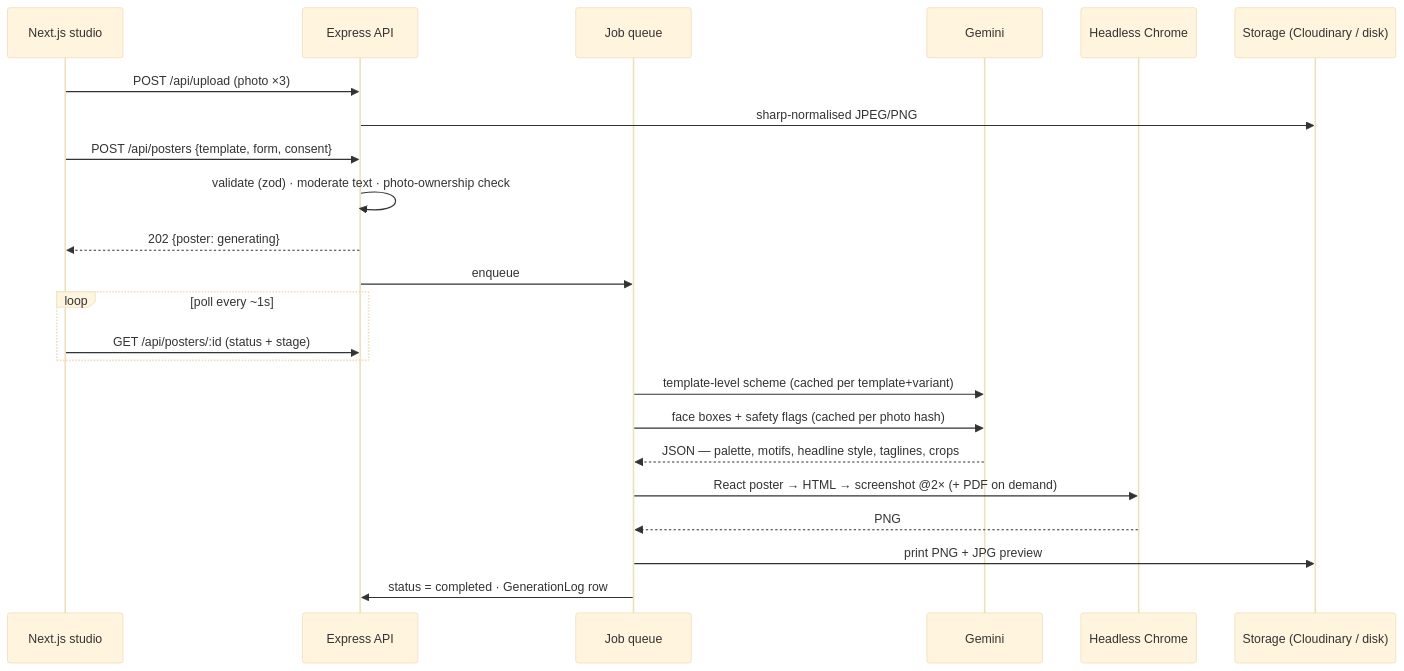
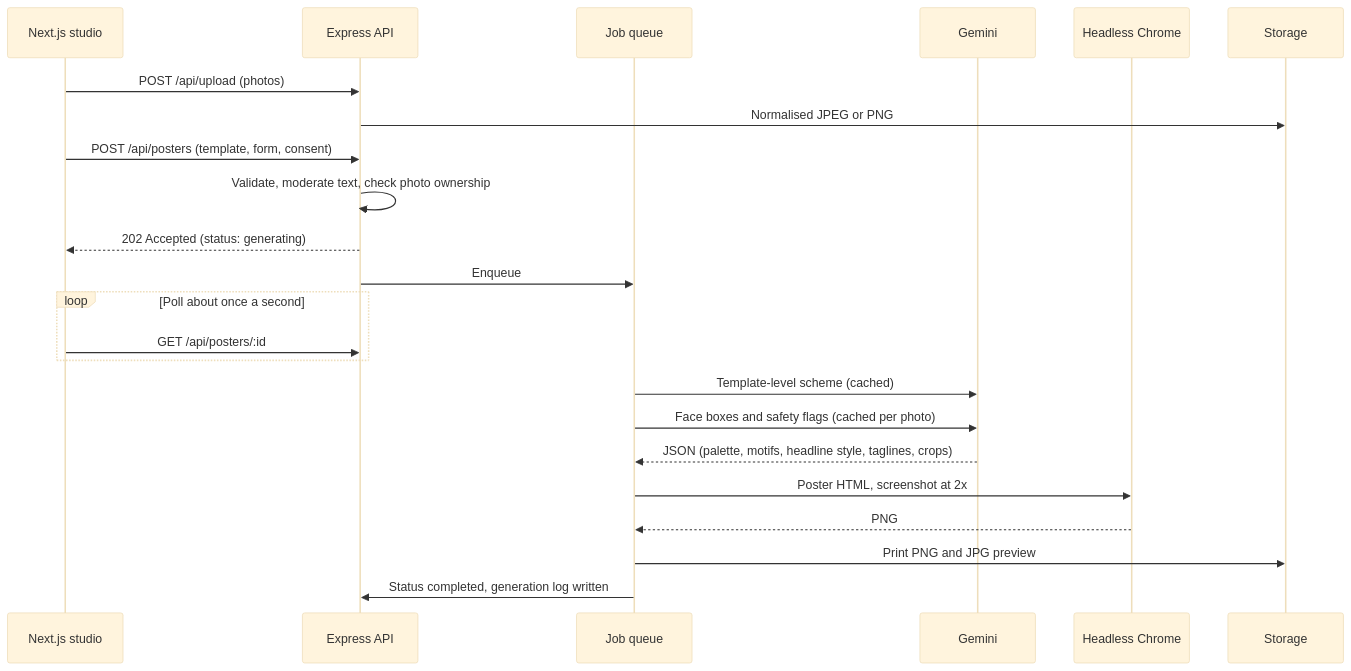
Before and after one commit to ash-rafhamid/posterghor: the diagram in README.md, drawn with Mermaid (base theme). The commit also changed other lines of this file, not shown here.

Commit message:
Rewrite README: clear structure, API reference, deployment guide

````diff
--- a/README.md
+++ b/README.md
@@ -103,25 +130,25 @@
 ```mermaid
 sequenceDiagram
   participant W as Next.js studio
   participant A as Express API
   participant Q as Job queue
   participant G as Gemini
   participant C as Headless Chrome
-  participant S as Storage (Cloudinary / disk)
-  W->>A: POST /api/upload (photo ×3)
-  A->>S: sharp-normalised JPEG/PNG
-  W->>A: POST /api/posters {template, form, consent}
-  A->>A: validate (zod) · moderate text · photo-ownership check
-  A-->>W: 202 {poster: generating}
-  A->>Q: enqueue
-  loop poll every ~1s
-    W->>A: GET /api/posters/:id (status + stage)
+  participant S as Storage
+  W->>A: POST /api/upload (photos)
+  A->>S: Normalised JPEG or PNG
+  W->>A: POST /api/posters (template, form, consent)
+  A->>A: Validate, moderate text, check photo ownership
+  A-->>W: 202 Accepted (status: generating)
+  A->>Q: Enqueue
+  loop Poll about once a second
+    W->>A: GET /api/posters/:id
   end
-  Q->>G: template-level scheme (cached per template+variant)
-  Q->>G: face boxes + safety flags (cached per photo hash)
-  G-->>Q: JSON — palette, motifs, headline style, taglines, crops
-  Q->>C: React poster → HTML → screenshot @2× (+ PDF on demand)
+  Q->>G: Template-level scheme (cached)
+  Q->>G: Face boxes and safety flags (cached per photo)
+  G-->>Q: JSON (palette, motifs, headline style, taglines, crops)
+  Q->>C: Poster HTML, screenshot at 2x
   C-->>Q: PNG
-  Q->>S: print PNG + JPG preview
-  Q->>A: status = completed · GenerationLog row
+  Q->>S: Print PNG and JPG preview
+  Q->>A: Status completed, generation log written
 ```
````
